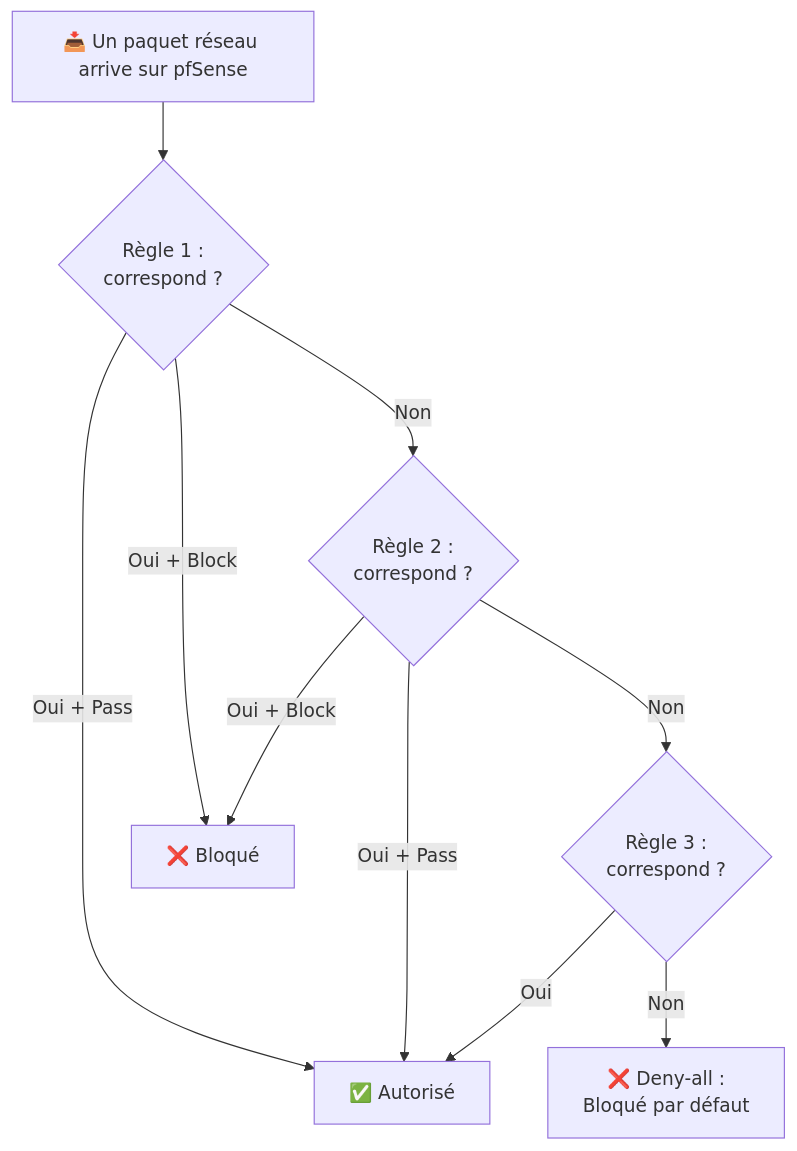
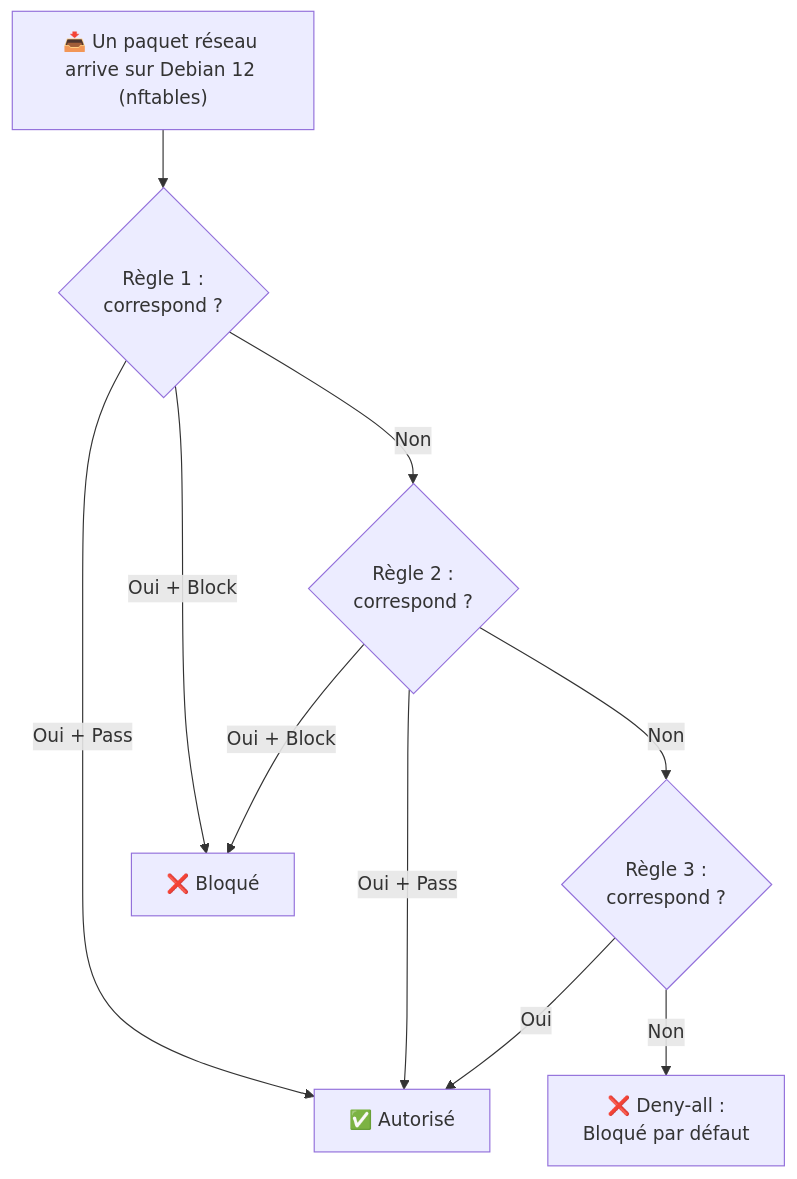
The eighth of 12 diagrams in gamma-rp05-complet.md (Vinceadr/RP-05-Audit-Securite), drawn with Mermaid before and after one commit. The commit also changed other lines of this file and 4 other files, not shown here.

First line of the commit message:
Remplacement pfSense/Snort/Fail2ban -> nftables/Suricata/CrowdSec dans tous les docs

````diff
--- a/gamma-rp05-complet.md
+++ b/gamma-rp05-complet.md
@@ -221,20 +221,20 @@
 ```mermaid
 flowchart TD
-    START["📥 Un paquet réseau arrive sur pfSense"]
+    START["📥 Un paquet réseau arrive sur Debian 12 (nftables)"]
     R1{"Règle 1 :\ncorrespond ?"}
     R2{"Règle 2 :\ncorrespond ?"}
     R3{"Règle 3 :\ncorrespond ?"}
     DEFAULT["❌ Deny-all :\nBloqué par défaut"]
     PASS["✅ Autorisé"]
     BLOCK["❌ Bloqué"]
 
     START --> R1
     R1 -->|"Oui + Pass"| PASS
     R1 -->|"Oui + Block"| BLOCK
     R1 -->|"Non"| R2
     R2 -->|"Oui + Pass"| PASS
     R2 -->|"Oui + Block"| BLOCK
     R2 -->|"Non"| R3
     R3 -->|"Oui"| PASS
     R3 -->|"Non"| DEFAULT
 ```
````
